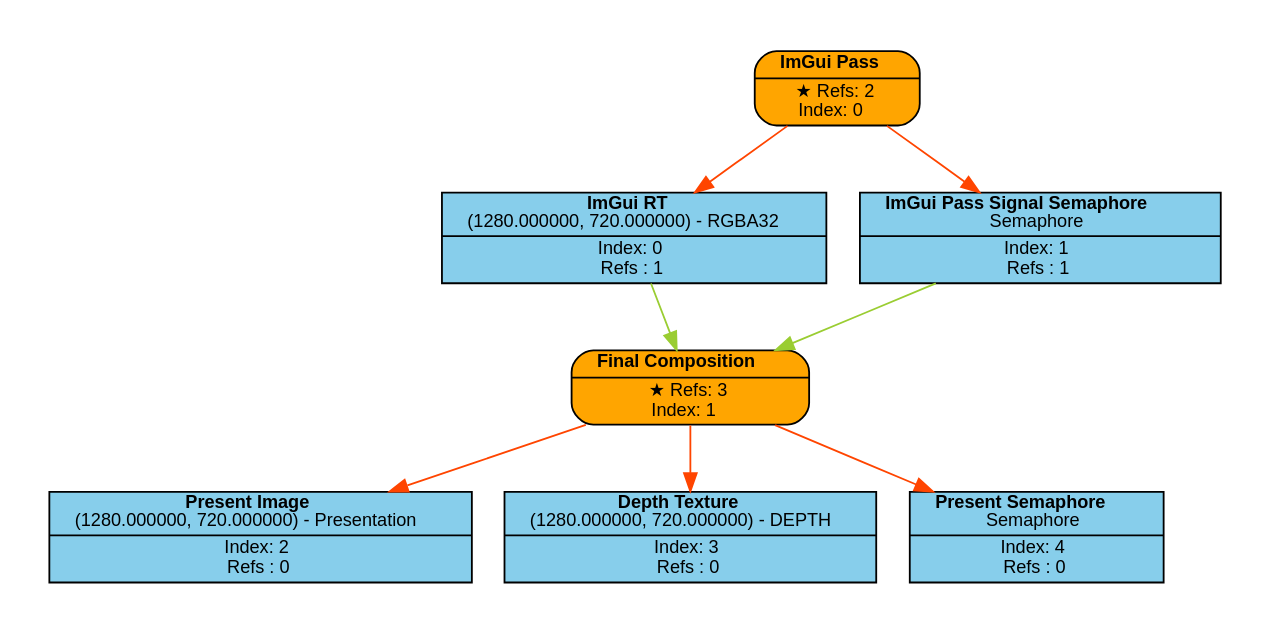
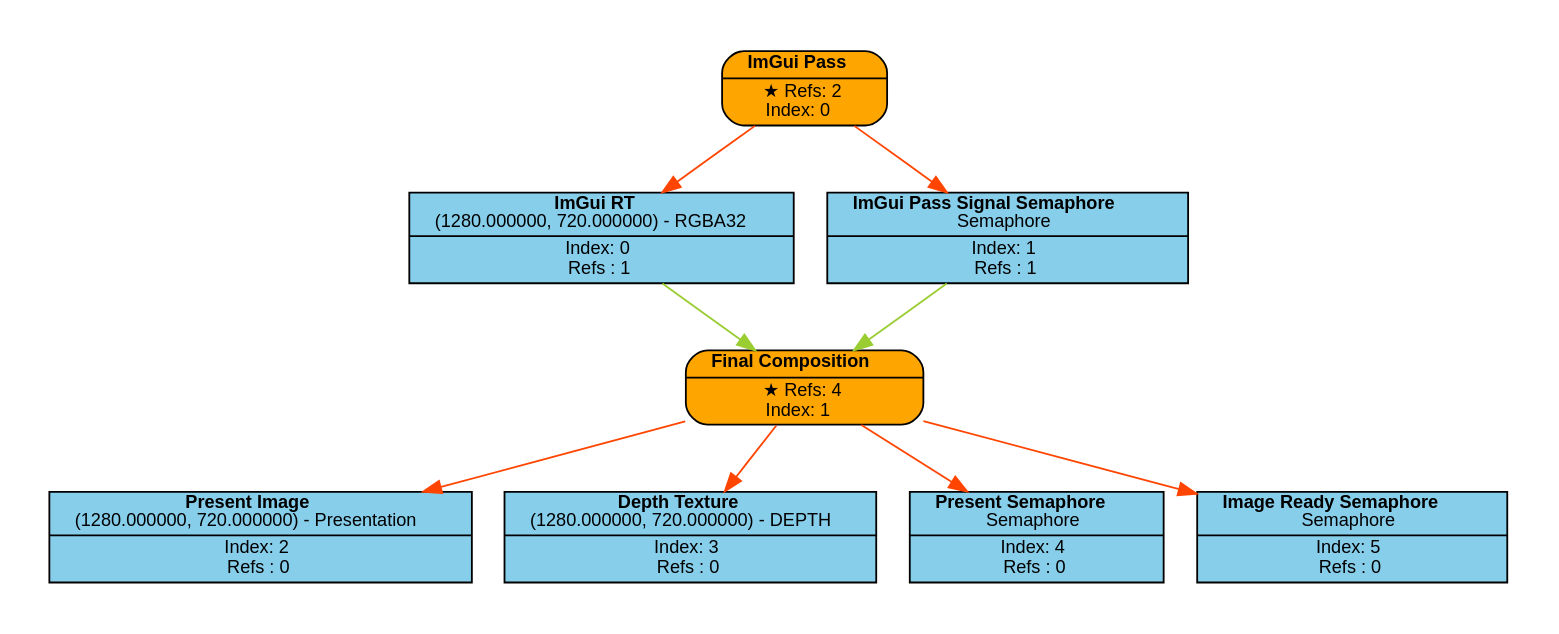
One commit to Pikachuxxxx/Razix changed the diagram in Engine/content/FrameGraphs/frame_graph_test.dot. Above: the diagram before and after it, drawn with Graphviz. The commit also changed 22 other files, not shown here.

Commit message:
[Graphics] Resolved runtime semaphore synchronization between framegraph passes;

```diff
--- a/Engine/content/FrameGraphs/frame_graph_test.dot
+++ b/Engine/content/FrameGraphs/frame_graph_test.dot
@@ -1,35 +1,37 @@
 digraph FrameGraph {
 graph [style=invis, rankdir="TB" ordering=out, splines=spline]
 node [shape=record, fontname="helvetica", fontsize=10, margin="0.2,0.03"]
 
 P0 [label=<{ {<B>ImGui Pass</B>} | {&#x2605; Refs: 2<BR/> Index: 0} }> style="rounded,filled", fillcolor=orange]
-P1 [label=<{ {<B>Final Composition</B>} | {&#x2605; Refs: 3<BR/> Index: 1} }> style="rounded,filled", fillcolor=orange]
+P1 [label=<{ {<B>Final Composition</B>} | {&#x2605; Refs: 4<BR/> Index: 1} }> style="rounded,filled", fillcolor=orange]
 
 R0_1 [label=<{ {<B>ImGui RT</B><BR/>(1280.000000, 720.000000) - RGBA32} | {Index: 0<BR/>Refs : 1} }> style=filled, fillcolor=skyblue]
 R1_1 [label=<{ {<B>ImGui Pass Signal Semaphore</B><BR/>Semaphore} | {Index: 1<BR/>Refs : 1} }> style=filled, fillcolor=skyblue]
 R2_1 [label=<{ {<B>Present Image</B><BR/>(1280.000000, 720.000000) - Presentation} | {Index: 2<BR/>Refs : 0} }> style=filled, fillcolor=skyblue]
 R3_1 [label=<{ {<B>Depth Texture</B><BR/>(1280.000000, 720.000000) - DEPTH} | {Index: 3<BR/>Refs : 0} }> style=filled, fillcolor=skyblue]
 R4_1 [label=<{ {<B>Present Semaphore</B><BR/>Semaphore} | {Index: 4<BR/>Refs : 0} }> style=filled, fillcolor=skyblue]
+R5_1 [label=<{ {<B>Image Ready Semaphore</B><BR/>Semaphore} | {Index: 5<BR/>Refs : 0} }> style=filled, fillcolor=skyblue]
 
 P0 -> { R0_1 R1_1 } [color=orangered]
-P1 -> { R2_1 R3_1 R4_1 } [color=orangered]
+P1 -> { R2_1 R3_1 R4_1 R5_1 } [color=orangered]
 
 R0_1 -> { P1 } [color=olivedrab3]
 R1_1 -> { P1 } [color=olivedrab3]
 R2_1 -> { } [color=olivedrab3]
 R3_1 -> { } [color=olivedrab3]
 R4_1 -> { } [color=olivedrab3]
+R5_1 -> { } [color=olivedrab3]
 
 subgraph cluster_0 {
 P0 R0_1 R1_1 
 }
 subgraph cluster_1 {
-P1 R2_1 R3_1 R4_1 
+P1 R2_1 R3_1 R4_1 R5_1 
 }
 
 subgraph cluster_imported_resources {
 graph [style=dotted, fontname="helvetica", label=< <B>Imported</B> >]
 
 }
 
 }
```
